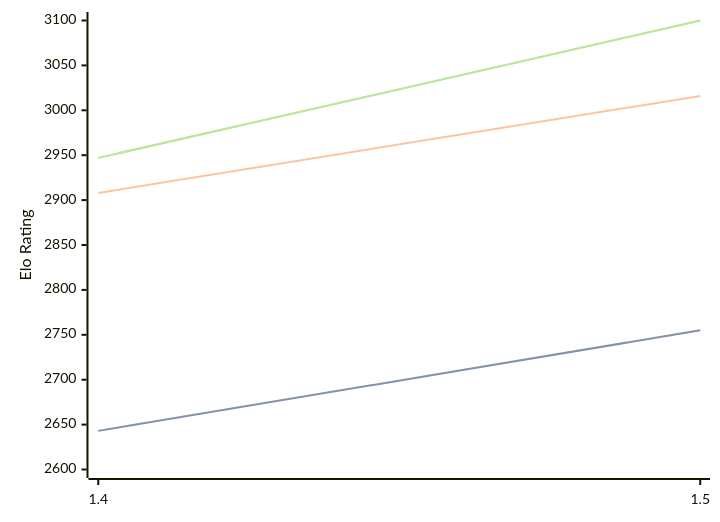
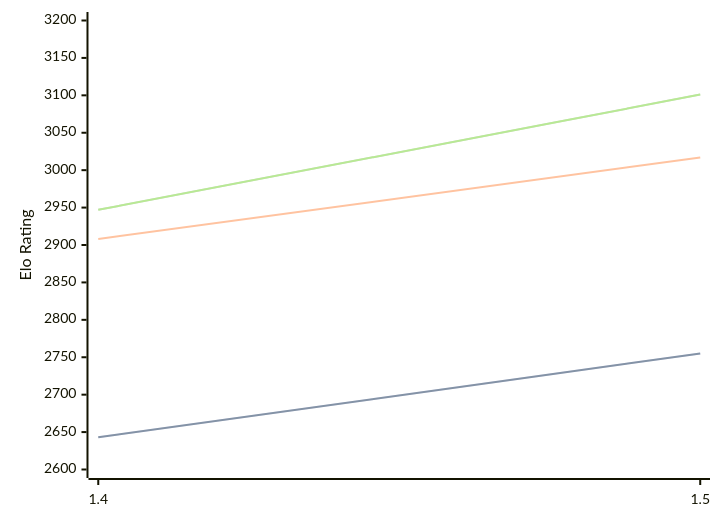
One commit to computer-chess-index/cci changed the diagram in engines/Yakka.md. Above: the diagram before and after it, drawn with Mermaid. The commit also changed other lines of this file, not shown here.

Commit message:
Update CCI Ratings (ELO VLTC) - 2026-05-22

````diff
--- a/engines/Yakka.md
+++ b/engines/Yakka.md
@@ -36,11 +36,11 @@
 ```mermaid
 %%{init: {"theme":"base","themeVariables":{"seriesColors:['#a3a3a3','#222221','#faa371']}}}%%
 xychart-beta
   x-axis ["1.4", "1.5"]
-  y-axis "Elo Rating" 2600 --> 3100
+  y-axis "Elo Rating" 2600 --> 3200
   line "STC (8.0+0.08s)" [2643, 2755]
   line "STC (8.0+0.08s)" [2643, 2755]
-  line "LTC (60.0+0.60s)" [2908, 3016]
-  line "VLTC (2m24s+1.12s)" [2947, 3100]
-  line "VLTC (2m24s+1.12s)" [2947, 3100]
+  line "LTC (60.0+0.60s)" [2908, 3017]
+  line "VLTC (2m24s+1.12s)" [2947, 3101]
+  line "VLTC (2m24s+1.12s)" [2947, 3101]
 ```
````
